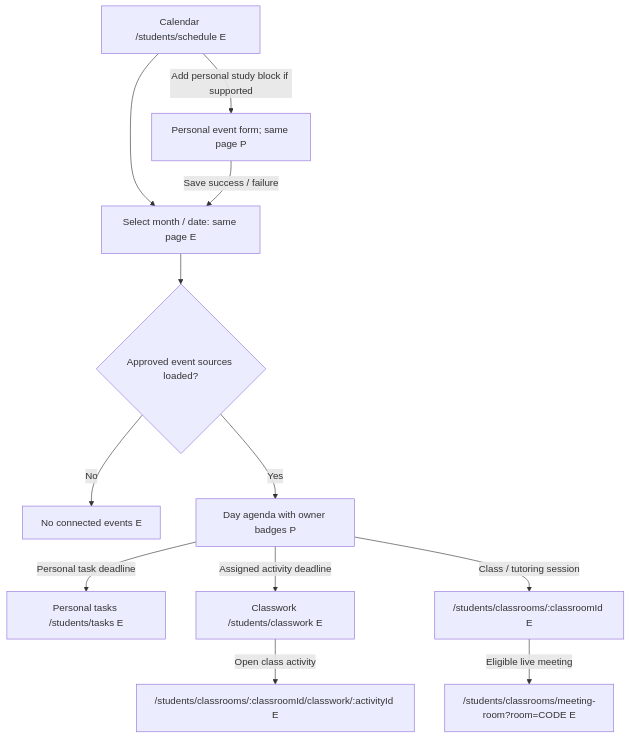
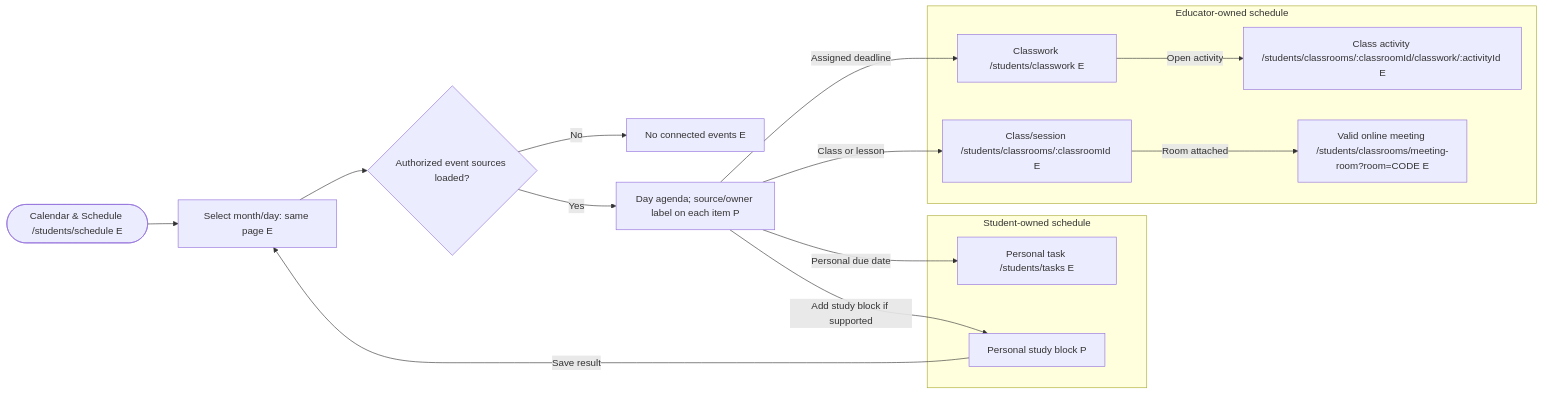
One commit to devCarlJoseph/owlio-app changed the ninth of 14 diagrams in OWLIO_STUDENT_SIDEBAR_WORKFLOW_PLAN.md. Above: the diagram before and after it, drawn with Mermaid. The commit also changed other lines of this file and 1 other file, not shown here.

Commit message:
docs(workflows): render sidebar flows as grouped Mermaid diagrams

````diff
--- a/OWLIO_STUDENT_SIDEBAR_WORKFLOW_PLAN.md
+++ b/OWLIO_STUDENT_SIDEBAR_WORKFLOW_PLAN.md
@@ -475,14 +553,24 @@
 ```mermaid
-flowchart TD
-  CAL["Calendar /students/schedule E"] --> DATE["Select month / date: same page E"]
-  DATE --> SERVICE{"Approved event sources loaded?"}
-  SERVICE -->|"No"| EMPTY["No connected events E"]
-  SERVICE -->|"Yes"| AGENDA["Day agenda with owner badges P"]
-  AGENDA -->|"Personal task deadline"| TASK["Personal tasks /students/tasks E"]
-  AGENDA -->|"Assigned activity deadline"| CW["Classwork /students/classwork E"]
-  CW -->|"Open class activity"| ACT["/students/classrooms/:classroomId/classwork/:activityId E"]
-  AGENDA -->|"Class / tutoring session"| CLASS["/students/classrooms/:classroomId E"]
-  CLASS -->|"Eligible live meeting"| ROOM["/students/classrooms/meeting-room?room=CODE E"]
-  CAL -->|"Add personal study block if supported"| FORM["Personal event form; same page P"]
-  FORM -->|"Save success / failure"| DATE
+flowchart LR
+  CAL(["Calendar & Schedule /students/schedule E"]) --> DATE["Select month/day: same page E"]
+  DATE --> DATA{"Authorized event sources loaded?"}
+  DATA -->|"No"| EMPTY["No connected events E"]
+  DATA -->|"Yes"| AGENDA["Day agenda; source/owner label on each item P"]
+  subgraph PERSONAL["Student-owned schedule"]
+    TASK["Personal task /students/tasks E"]
+    STUDY["Personal study block P"]
+  end
+  subgraph CLASSROOM["Educator-owned schedule"]
+    CW["Classwork /students/classwork E"]
+    ACT["Class activity /students/classrooms/:classroomId/classwork/:activityId E"]
+    CLASS["Class/session /students/classrooms/:classroomId E"]
+    ROOM["Valid online meeting /students/classrooms/meeting-room?room=CODE E"]
+  end
+  AGENDA -->|"Personal due date"| TASK
+  AGENDA -->|"Add study block if supported"| STUDY
+  AGENDA -->|"Assigned deadline"| CW
+  CW -->|"Open activity"| ACT
+  AGENDA -->|"Class or lesson"| CLASS
+  CLASS -->|"Room attached"| ROOM
+  STUDY -->|"Save result"| DATE
 ```
````
